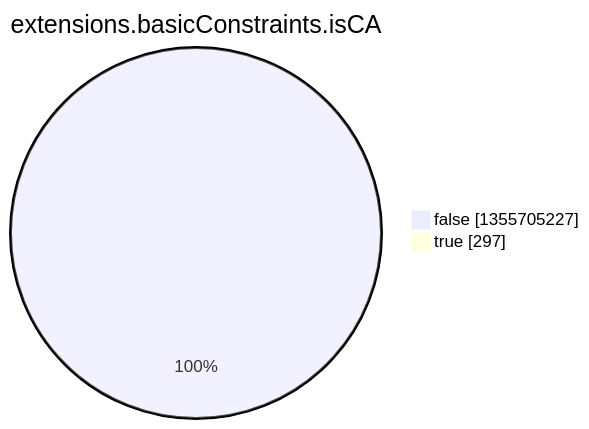
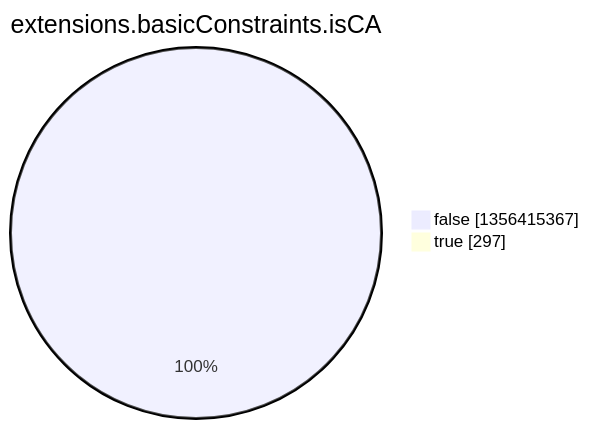
The eighth of 15 diagrams in argon2022/README.md (christiankrug/ctmonitor_visualization), drawn with Mermaid before and after one commit. The commit also changed other lines of this file, not shown here.

````diff
--- a/argon2022/README.md
+++ b/argon2022/README.md
@@ -2758,6 +2758,6 @@
 ```mermaid
 pie showData
 title extensions.basicConstraints.isCA
-"false" :1355705227
+"false" :1356415367
 "true" :297
 ```
````
